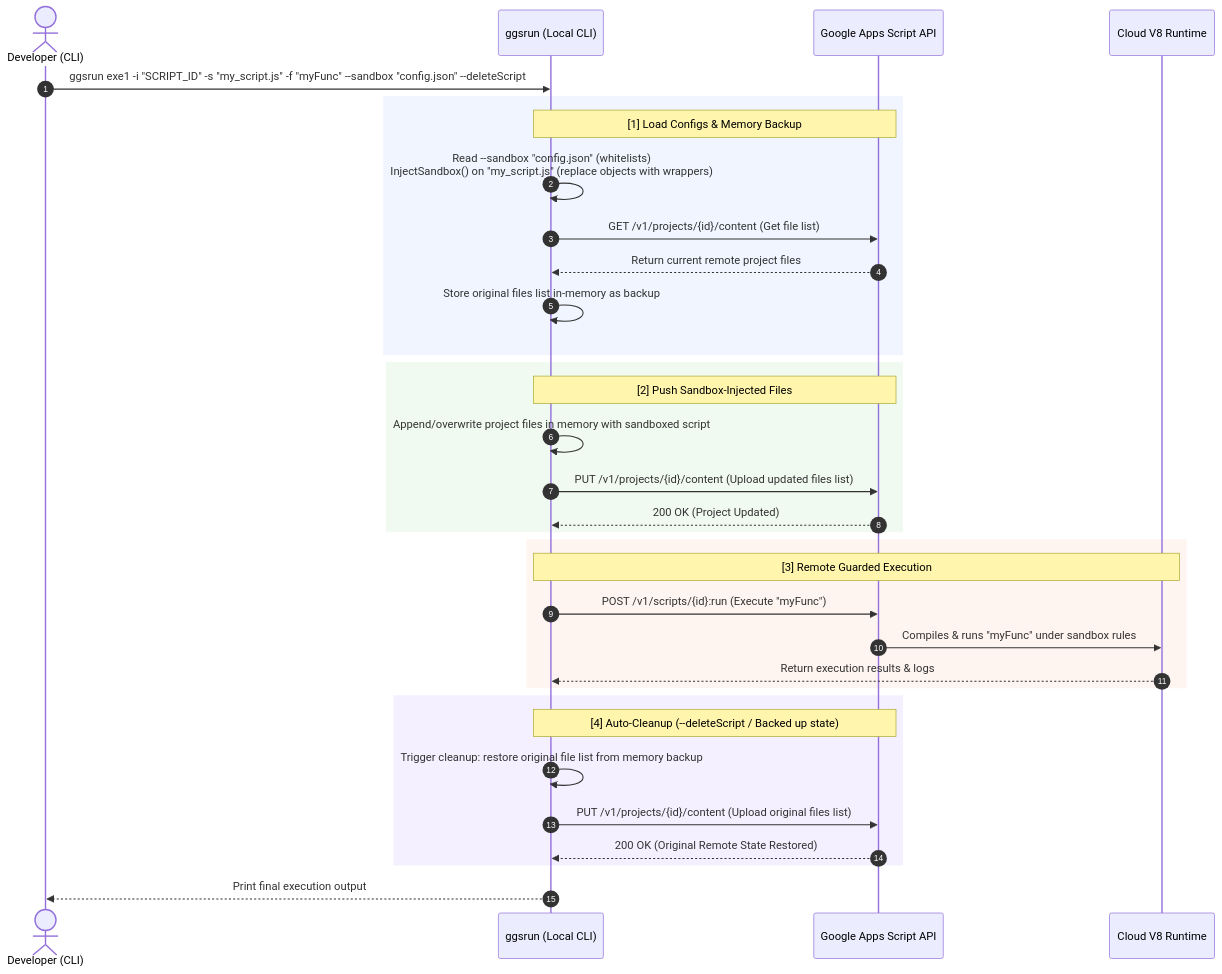
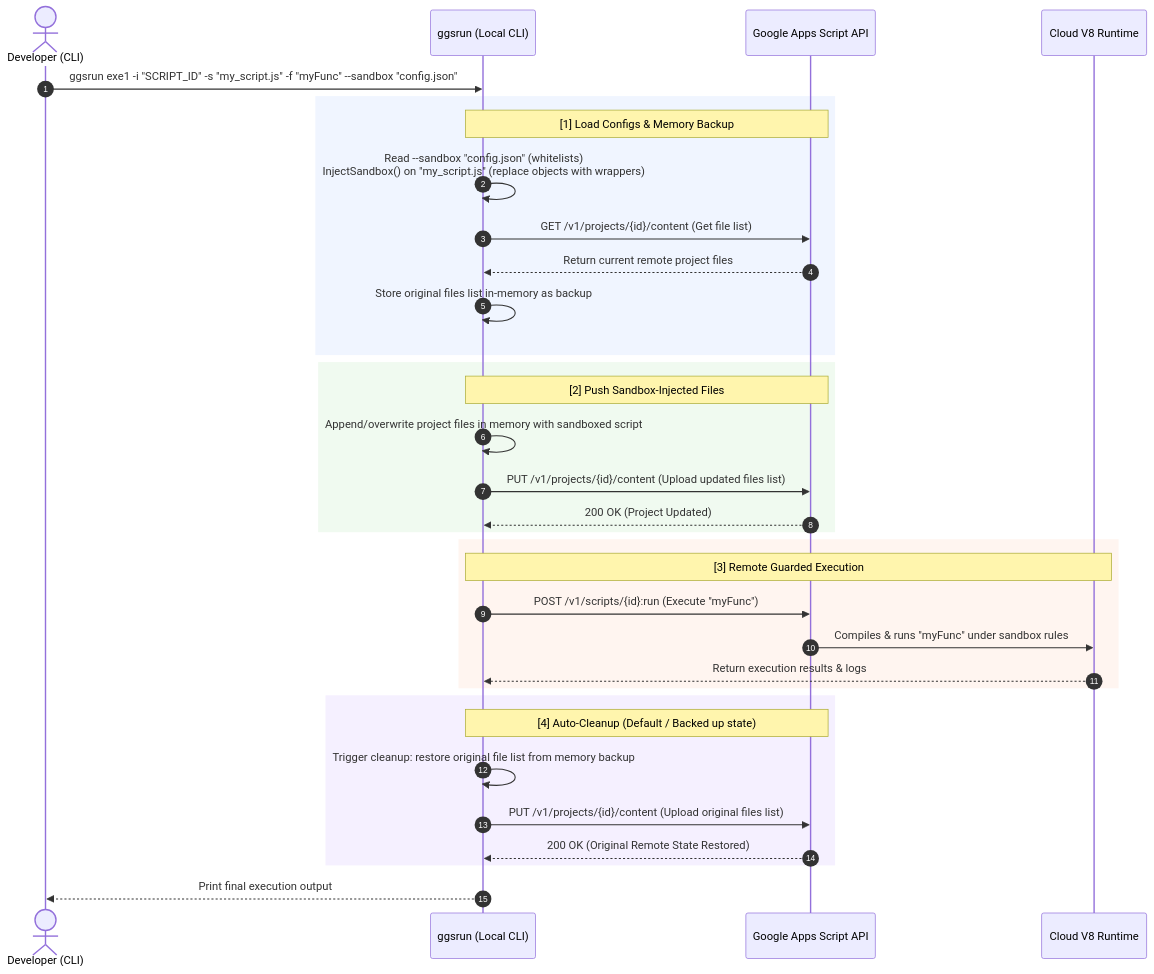
The first of 3 diagrams in docs/commands_reference.md (tanaikech/ggsrun), drawn with Mermaid before and after one commit. The commit also changed other lines of this file and 18 other files, not shown here.

Commit message:
release: v5.3.10 - separate-file sandbox architecture, default cleanup, and MCP security hardening

````diff
--- a/docs/commands_reference.md
+++ b/docs/commands_reference.md
@@ -99,41 +105,41 @@
 ```mermaid
 sequenceDiagram
     autonumber
     actor Dev as Developer (CLI)
     participant CLI as ggsrun (Local CLI)
     participant API as Google Apps Script API
     participant V8 as Cloud V8 Runtime
 
-    Dev->>CLI: ggsrun exe1 -i "SCRIPT_ID" -s "my_script.js" -f "myFunc" --sandbox "config.json" --deleteScript
+    Dev->>CLI: ggsrun exe1 -i "SCRIPT_ID" -s "my_script.js" -f "myFunc" --sandbox "config.json"
 
     rect rgb(240, 245, 255)
         note over CLI, API: [1] Load Configs & Memory Backup
         CLI->>CLI: Read --sandbox "config.json" (whitelists)<br/>InjectSandbox() on "my_script.js" (replace objects with wrappers)
         CLI->>API: GET /v1/projects/{id}/content (Get file list)
         API-->>CLI: Return current remote project files
         CLI->>CLI: Store original files list in-memory as backup
     end
 
     rect rgb(240, 250, 240)
         note over CLI, API: [2] Push Sandbox-Injected Files
         CLI->>CLI: Append/overwrite project files in memory with sandboxed script
         CLI->>API: PUT /v1/projects/{id}/content (Upload updated files list)
         API-->>CLI: 200 OK (Project Updated)
     end
 
     rect rgb(255, 245, 240)
         note over CLI, V8: [3] Remote Guarded Execution
         CLI->>API: POST /v1/scripts/{id}:run (Execute "myFunc")
         API->>V8: Compiles & runs "myFunc" under sandbox rules
         V8-->>CLI: Return execution results & logs
     end
 
     rect rgb(245, 240, 255)
-        note over CLI, API: [4] Auto-Cleanup (--deleteScript / Backed up state)
+        note over CLI, API: [4] Auto-Cleanup (Default / Backed up state)
         CLI->>CLI: Trigger cleanup: restore original file list from memory backup
         CLI->>API: PUT /v1/projects/{id}/content (Upload original files list)
         API-->>CLI: 200 OK (Original Remote State Restored)
     end
 
     CLI-->>Dev: Print final execution output
 ```
````
